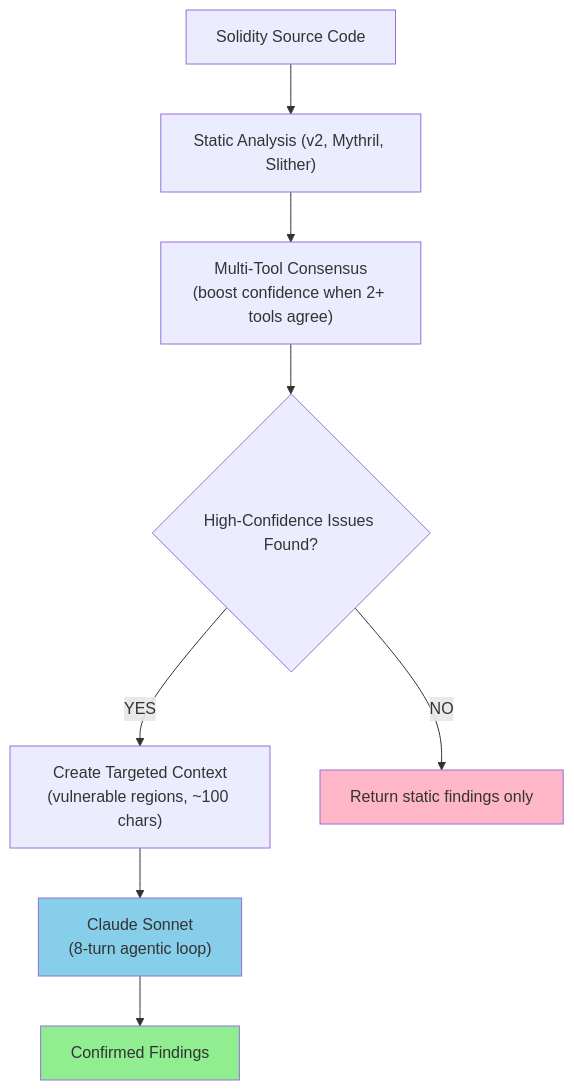
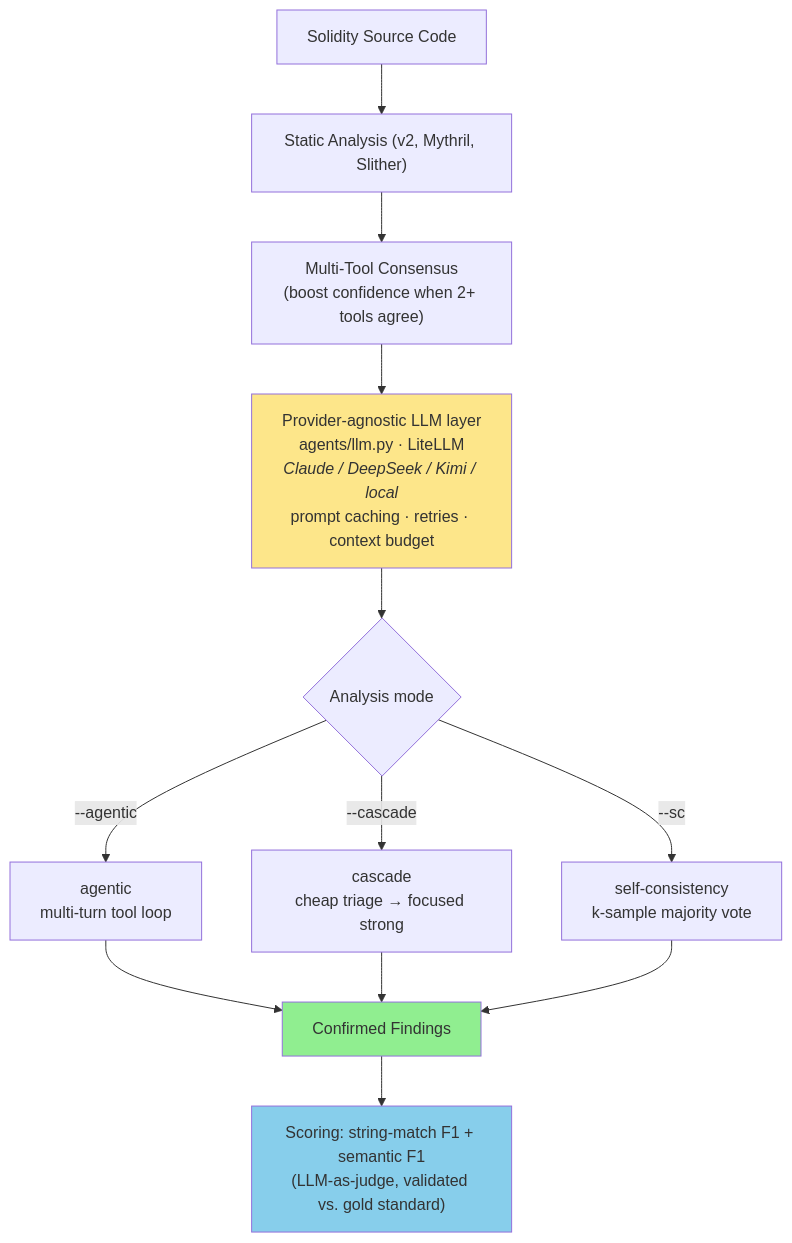
Before and after one commit to 0xSoftBoi/anthropic-fellowship: the fourth of 5 diagrams in ai-security/docs/RESEARCH.md, drawn with Mermaid. The commit also changed other lines of this file and 3 other files, not shown here.

First line of the commit message:
docs: update READMEs, INDEX, RESEARCH + diagrams for multi-model & optimization

````diff
--- a/ai-security/docs/RESEARCH.md
+++ b/ai-security/docs/RESEARCH.md
@@ -111,23 +111,23 @@
 ```mermaid
 flowchart TD
     A["Solidity Source Code"]
     B["Static Analysis (v2, Mythril, Slither)"]
-    C{"High-Confidence Issues Found?"}
-    D["Create Targeted Context<br/>(vulnerable regions, ~100 chars)"]
-    E["Claude Sonnet<br/>(8-turn agentic loop)"]
     F["Multi-Tool Consensus<br/>(boost confidence when 2+ tools agree)"]
+    LLM["Provider-agnostic LLM layer<br/>agents/llm.py · LiteLLM<br/><i>Claude / DeepSeek / Kimi / local</i><br/>prompt caching · retries · context budget"]
+    M{"Analysis mode"}
+    AG["agentic<br/>multi-turn tool loop"]
+    CA["cascade<br/>cheap triage → focused strong"]
+    SC["self-consistency<br/>k-sample majority vote"]
     G["Confirmed Findings"]
-    H["Return static findings only"]
-    
-    A --> B
-    B --> F
-    F --> C
-    C -->|YES| D
-    D --> E
-    C -->|NO| H
-    E --> G
-    
+    SCORE["Scoring: string-match F1 + semantic F1<br/>(LLM-as-judge, validated vs. gold standard)"]
+
+    A --> B --> F --> LLM --> M
+    M -->|--agentic| AG --> G
+    M -->|--cascade| CA --> G
+    M -->|--sc| SC --> G
+    G --> SCORE
+
     style G fill:#90EE90
-    style H fill:#FFB6C6
-    style E fill:#87CEEB
+    style LLM fill:#fde68a
+    style SCORE fill:#87CEEB
 ```
````
